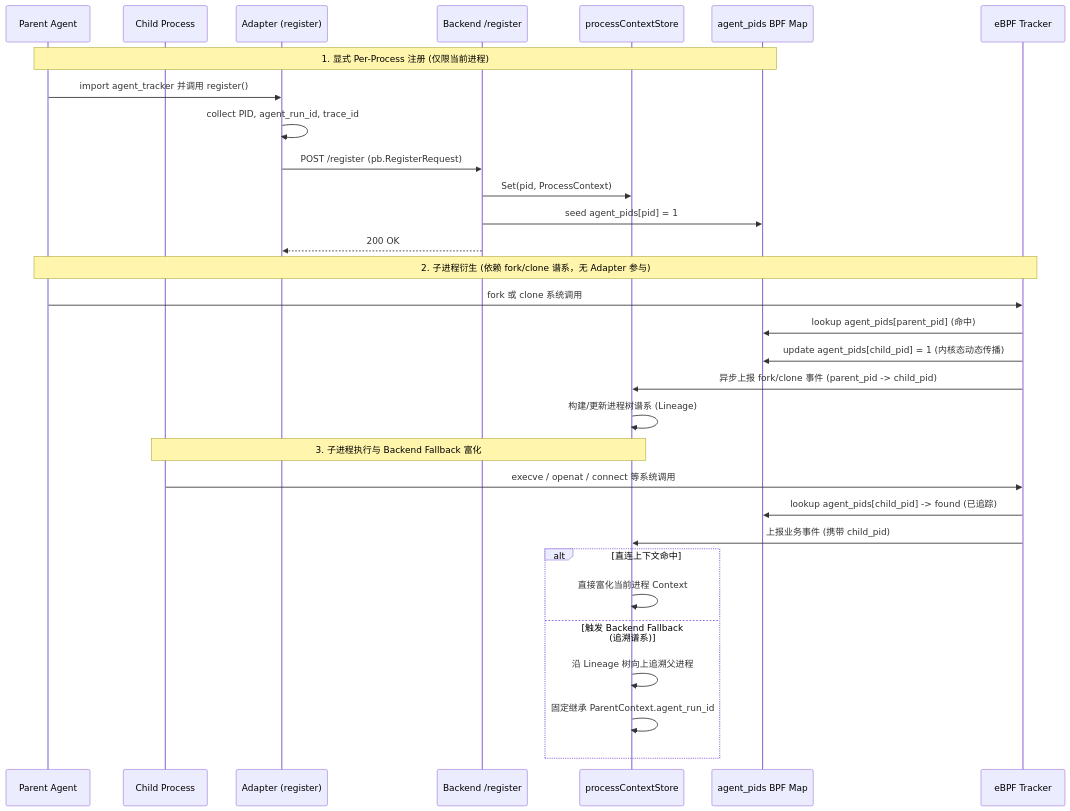
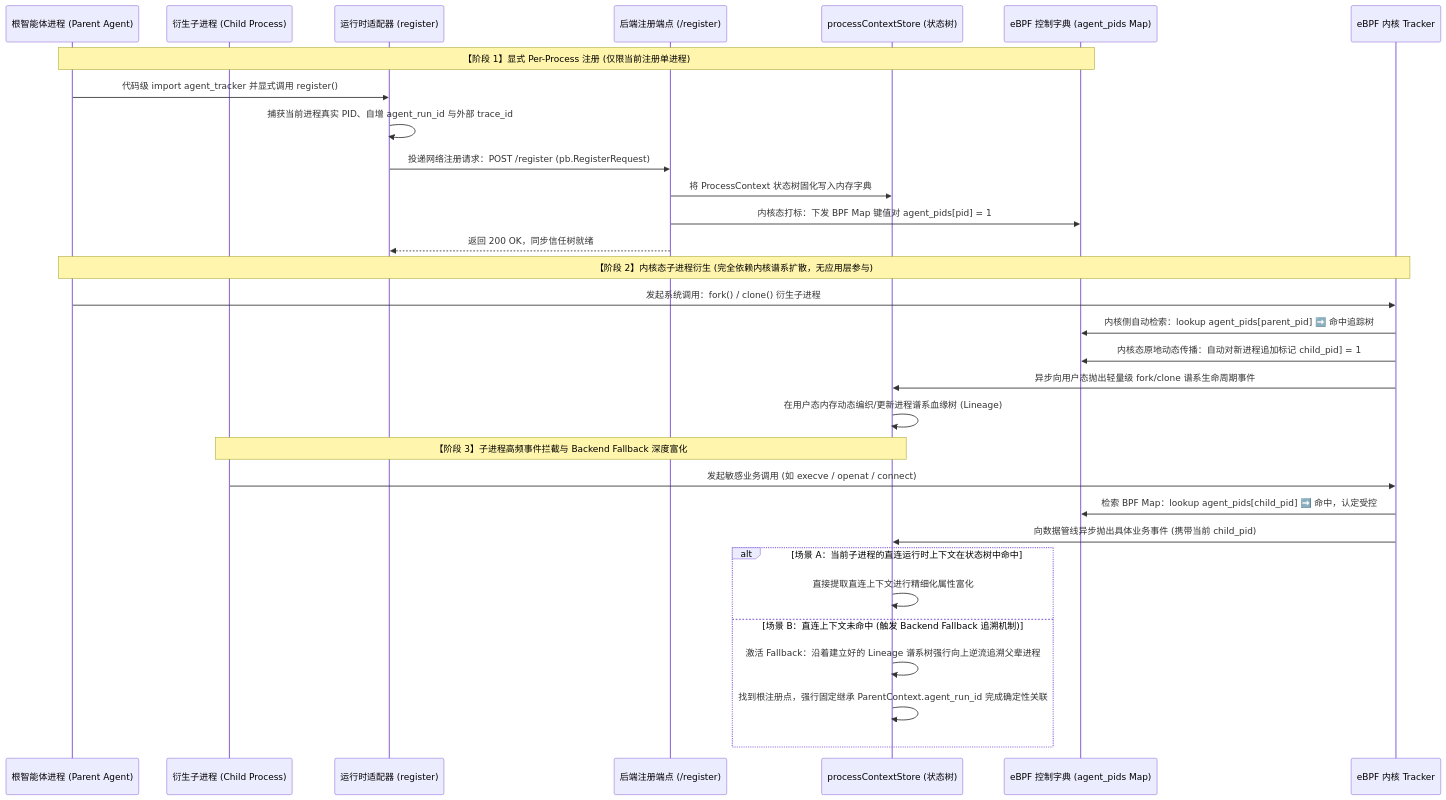
Before and after one commit to stevessr/agent-ebpf-filter: the fourth of 6 diagrams in docs/architecture/data-flow.md, drawn with Mermaid. The commit also changed other lines of this file and 3 other files, not shown here.

````diff
--- a/docs/architecture/data-flow.md
+++ b/docs/architecture/data-flow.md
@@ -146,40 +149,41 @@
 ```mermaid
 sequenceDiagram
-    participant Agent as Parent Agent
-    participant Child as Child Process
-    participant Adapter as Adapter (register)
-    participant Backend as Backend /register
-    participant Store as processContextStore
-    participant BPFMap as agent_pids BPF Map
-    participant Tracker as eBPF Tracker
+    participant Agent as 根智能体进程 (Parent Agent)
+    participant Child as 衍生子进程 (Child Process)
+    participant Adapter as 运行时适配器 (register)
+    participant Backend as 后端注册端点 (/register)
+    participant Store as processContextStore (状态树)
+    participant BPFMap as eBPF 控制字典 (agent_pids Map)
+    participant Tracker as eBPF 内核 Tracker
 
     %% 阶段 1：明确的单进程注册
-    Note over Agent, BPFMap: 1. 显式 Per-Process 注册 (仅限当前进程)
-    Agent->>Adapter: import agent_tracker 并调用 register()
-    Adapter->>Adapter: collect PID, agent_run_id, trace_id
-    Adapter->>Backend: POST /register (pb.RegisterRequest)
-    Backend->>Store: Set(pid, ProcessContext)
-    Backend->>BPFMap: seed agent_pids[pid] = 1
-    Backend-->>Adapter: 200 OK
+    Note over Agent, BPFMap: 【阶段 1】显式 Per-Process 注册 (仅限当前注册单进程)
+    Agent->>Adapter: 代码级 import agent_tracker 并显式调用 register()
+    Adapter->>Adapter: 捕获当前进程真实 PID、自增 agent_run_id 与外部 trace_id
+    Adapter->>Backend: 投递网络注册请求：POST /register (pb.RegisterRequest)
+    Backend->>Store: 将 ProcessContext 状态树固化写入内存字典
+    Backend->>BPFMap: 内核态打标：下发 BPF Map 键值对 agent_pids[pid] = 1
+    Backend-->>Adapter: 返回 200 OK，同步信任树就绪
 
     %% 阶段 2：内核态的继承与谱系树建立
-    Note over Agent, Tracker: 2. 子进程衍生 (依赖 fork/clone 谱系，无 Adapter 参与)
-    Agent->>Tracker: fork 或 clone 系统调用
-    Tracker->>BPFMap: lookup agent_pids[parent_pid] (命中)
-    Tracker->>BPFMap: update agent_pids[child_pid] = 1 (内核态动态传播)
-    Tracker->>Store: 异步上报 fork/clone 事件 (parent_pid -> child_pid)
-    Store->>Store: 构建/更新进程树谱系 (Lineage)
+    Note over Agent, Tracker: 【阶段 2】内核态子进程衍生 (完全依赖内核谱系扩散，无应用层参与)
+    Agent->>Tracker: 发起系统调用：fork() / clone() 衍生子进程
+    Tracker->>BPFMap: 内核侧自动检索：lookup agent_pids[parent_pid] ➡️ 命中追踪树
+    Tracker->>BPFMap: 内核态原地动态传播：自动对新进程追加标记 child_pid] = 1
+    Tracker->>Store: 异步向用户态抛出轻量级 fork/clone 谱系生命周期事件
+    Store->>Store: 在用户态内存动态编织/更新进程谱系血缘树 (Lineage)
 
-    %% 阶段 3：子进程事件触发与兜底富化
-    Note over Child, Store: 3. 子进程执行与 Backend Fallback 富化
-    Child->>Tracker: execve / openat / connect 等系统调用
-    Tracker->>BPFMap: lookup agent_pids[child_pid] -> found (已追踪)
-    Tracker->>Store: 上报业务事件 (携带 child_pid)
-    
-    alt 直连上下文命中
-        Store->>Store: 直接富化当前进程 Context
-    else 触发 Backend Fallback (追溯谱系)
-        Store->>Store: 沿 Lineage 树向上追溯父进程
-        Store->>Store: 固定继承 ParentContext.agent_run_id
+    %% 阶段 3：子进程事件触发与误判兜底
+    Note over Child, Store: 【阶段 3】子进程高频事件拦截与 Backend Fallback 深度富化
+    Child->>Tracker: 发起敏感业务调用 (如 execve / openat / connect)
+    Tracker->>BPFMap: 检索 BPF Map：lookup agent_pids[child_pid] ➡️ 命中，认定受控
+    Tracker->>Store: 向数据管线异步抛出具体业务事件 (携带当前 child_pid)
+
+    alt 场景 A：当前子进程的直连运行时上下文在状态树中命中
+        Store->>Store: 直接提取直连上下文进行精细化属性富化
+    else 场景 B：直连上下文未命中 (触发 Backend Fallback 追溯机制)
+        Store->>Store: 激活 Fallback：沿着建立好的 Lineage 谱系树强行向上逆流追溯父辈进程
+        Store->>Store: 找到根注册点，强行固定继承 ParentContext.agent_run_id 完成确定性关联
     end
+
 ```
````
